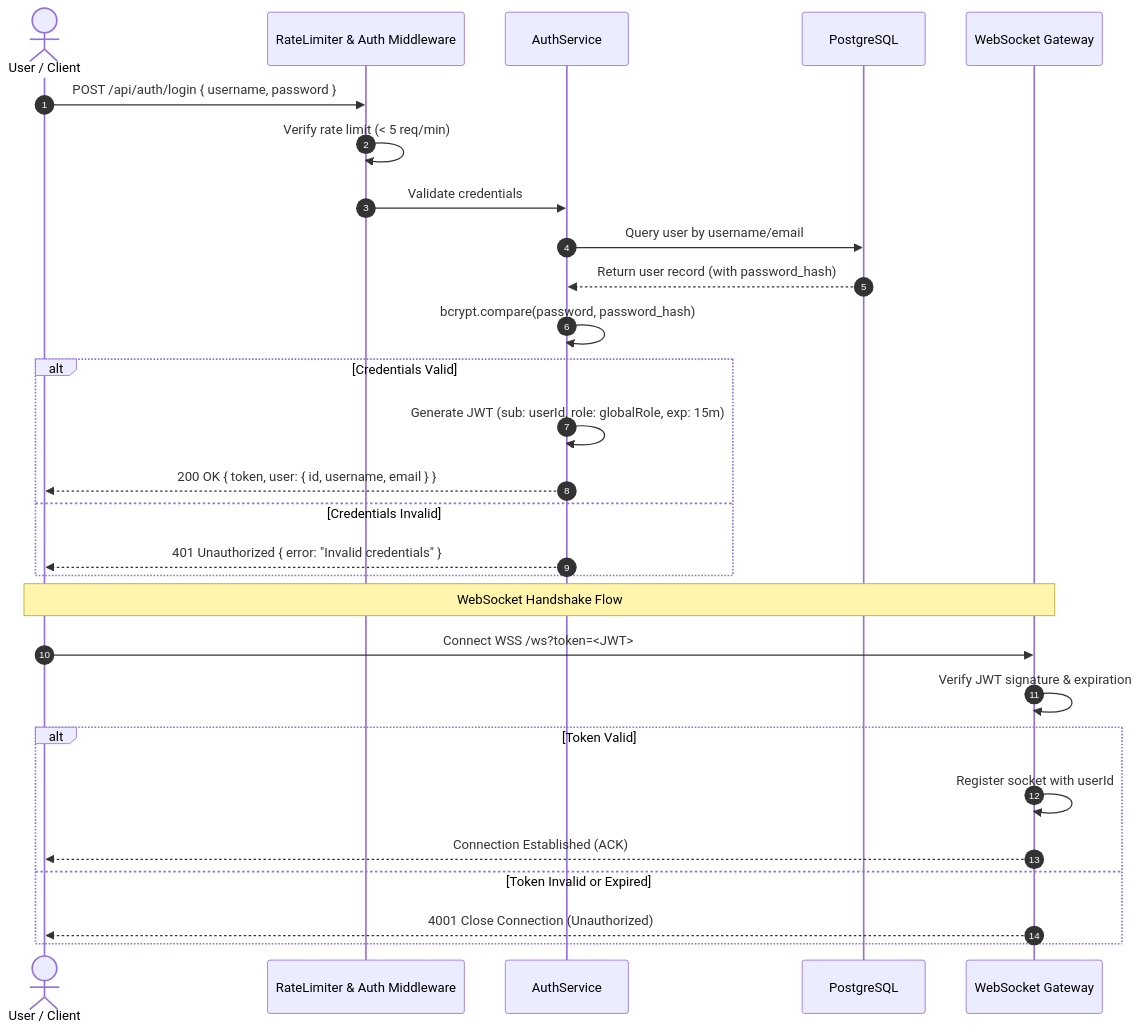
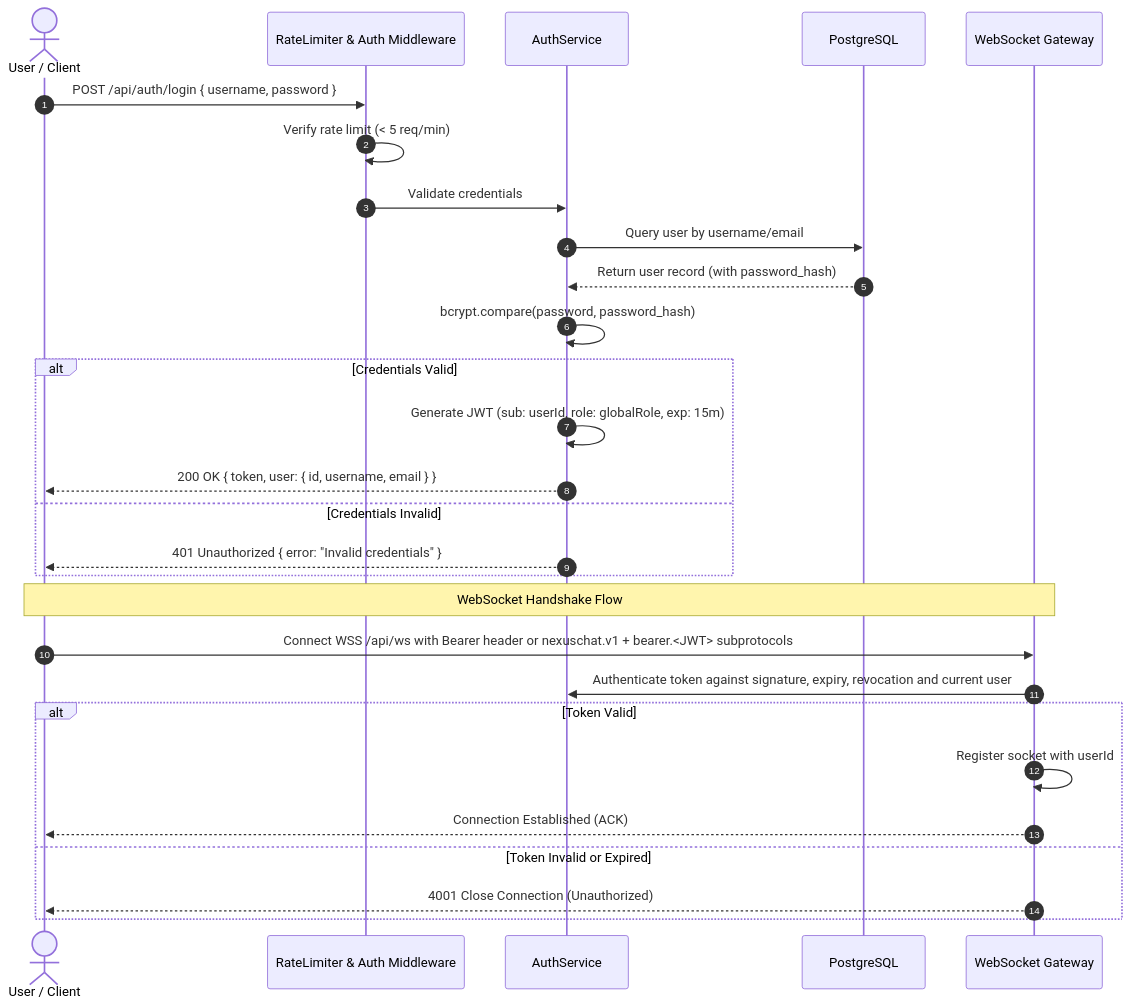
One commit to VG776/SE-Jackfruit changed the third of 5 diagrams in docs/architecture/software_architecture_document.md. Above: the diagram before and after it, drawn with Mermaid. The commit also changed other lines of this file and 14 other files, not shown here.

````diff
--- a/docs/architecture/software_architecture_document.md
+++ b/docs/architecture/software_architecture_document.md
@@ -314,32 +314,32 @@
 ```mermaid
 sequenceDiagram
     autonumber
     actor User as User / Client
     participant AuthMW as RateLimiter & Auth Middleware
     participant AuthSvc as AuthService
     participant DB as PostgreSQL
     participant WS as WebSocket Gateway
 
     User->>AuthMW: POST /api/auth/login { username, password }
     AuthMW->>AuthMW: Verify rate limit (< 5 req/min)
     AuthMW->>AuthSvc: Validate credentials
     AuthSvc->>DB: Query user by username/email
     DB-->>AuthSvc: Return user record (with password_hash)
     AuthSvc->>AuthSvc: bcrypt.compare(password, password_hash)
     alt Credentials Valid
         AuthSvc->>AuthSvc: Generate JWT (sub: userId, role: globalRole, exp: 15m)
         AuthSvc-->>User: 200 OK { token, user: { id, username, email } }
     else Credentials Invalid
         AuthSvc-->>User: 401 Unauthorized { error: "Invalid credentials" }
     end
 
     Note over User, WS: WebSocket Handshake Flow
-    User->>WS: Connect WSS /ws?token=<JWT>
-    WS->>WS: Verify JWT signature & expiration
+    User->>WS: Connect WSS /api/ws with Bearer header or nexuschat.v1 + bearer.<JWT> subprotocols
+    WS->>AuthSvc: Authenticate token against signature, expiry, revocation and current user
     alt Token Valid
         WS->>WS: Register socket with userId
         WS-->>User: Connection Established (ACK)
     else Token Invalid or Expired
         WS-->>User: 4001 Close Connection (Unauthorized)
     end
 ```
````
